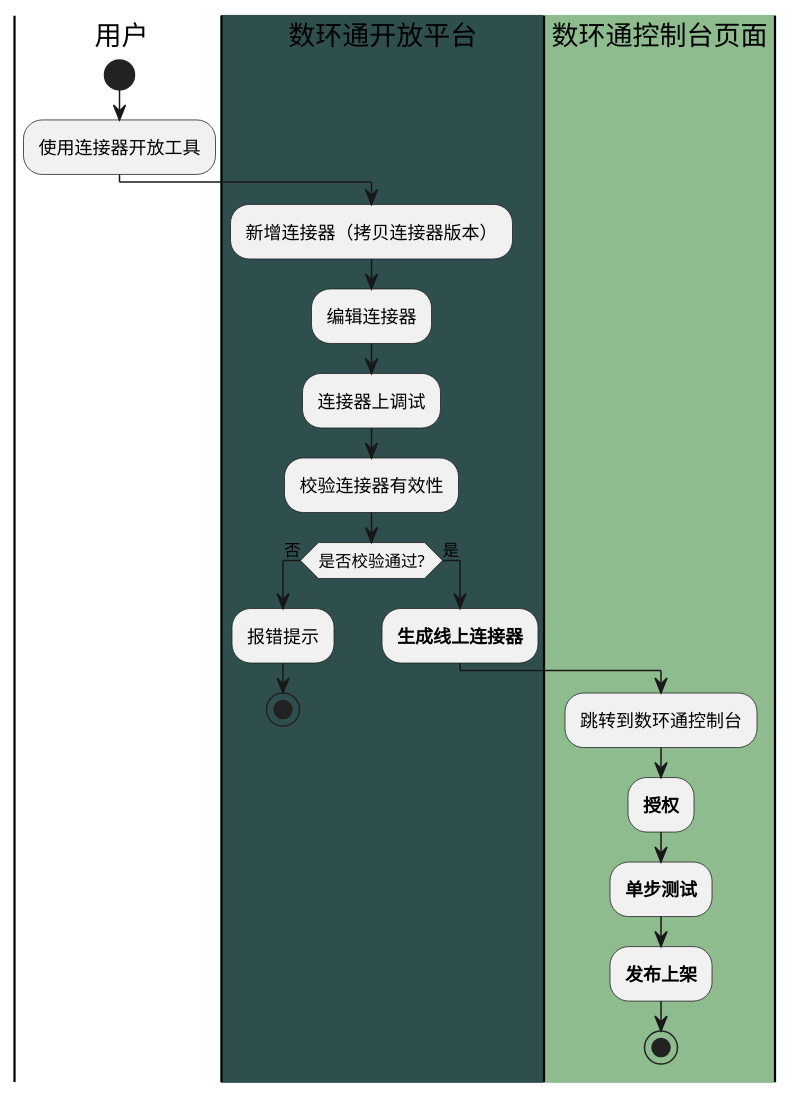
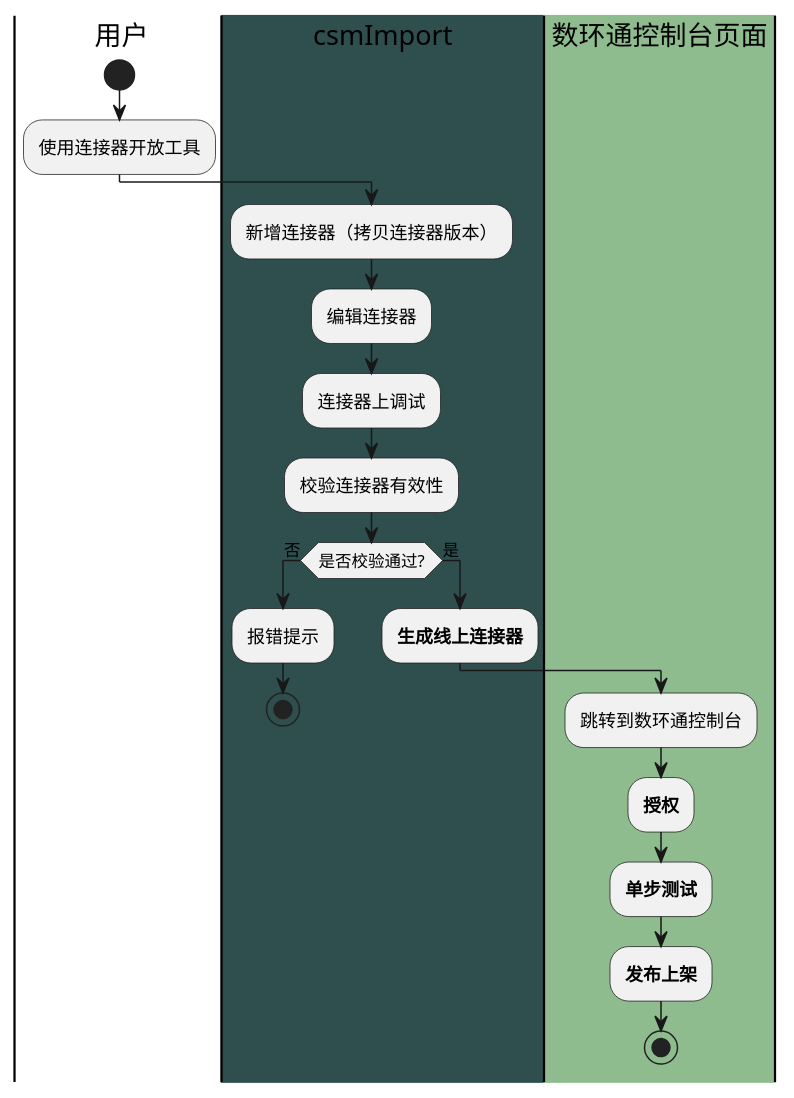
The third of 7 diagrams in umls/业务流程图.puml (151119011148/l78zdemo), drawn with PlantUML before and after one commit. The commit also changed other lines of this file and 47 other files, not shown here.

```diff
--- a/umls/业务流程图.puml
+++ b/umls/业务流程图.puml
@@ -114,22 +114,22 @@
 @startuml
 |u| 用户
 start
 :使用连接器开放工具;
-|#palegreen|j|数环通开放平台
+|#palegreen|j|csmImport
 :新增连接器（拷贝连接器版本）;
 :编辑连接器;
-|#DarkSlateGray|j|数环通开放平台
+|#DarkSlateGray|j|csmImport
 :连接器上调试;
 :校验连接器有效性;
 if (是否校验通过?) is (否) then
 :报错提示;
 stop
 else (是)
 :**生成线上连接器**;
 |#DarkSeaGreen|o|数环通控制台页面
 :跳转到数环通控制台;
 :**授权**;
 :**单步测试**;
 :**发布上架**;
 stop
 @enduml
```
